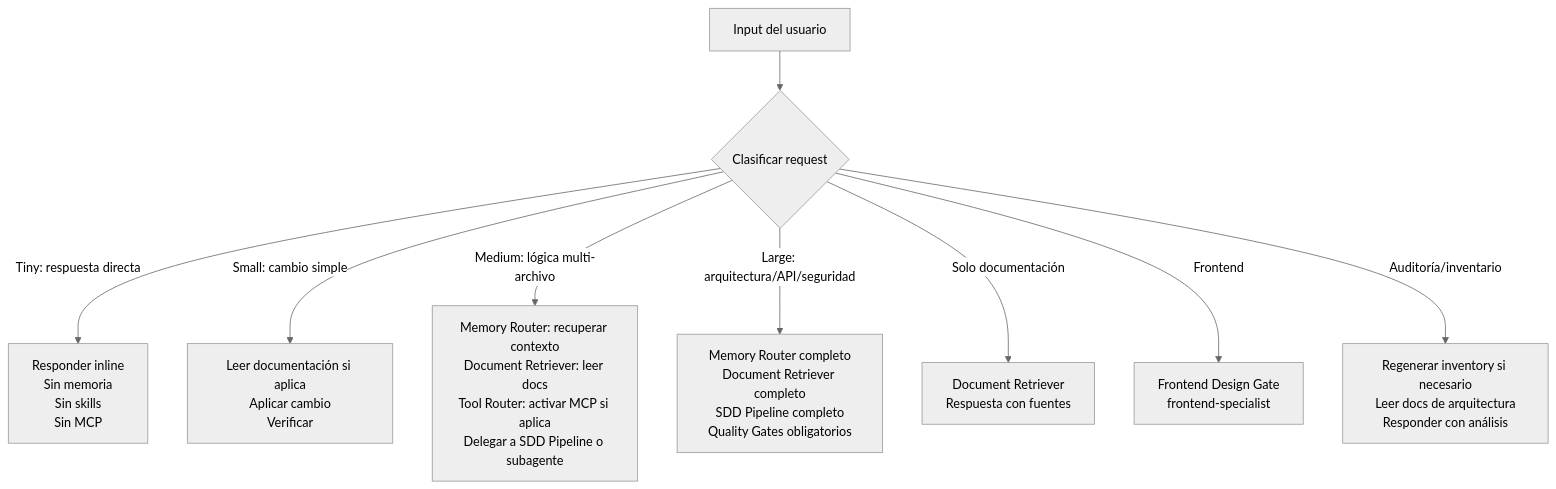
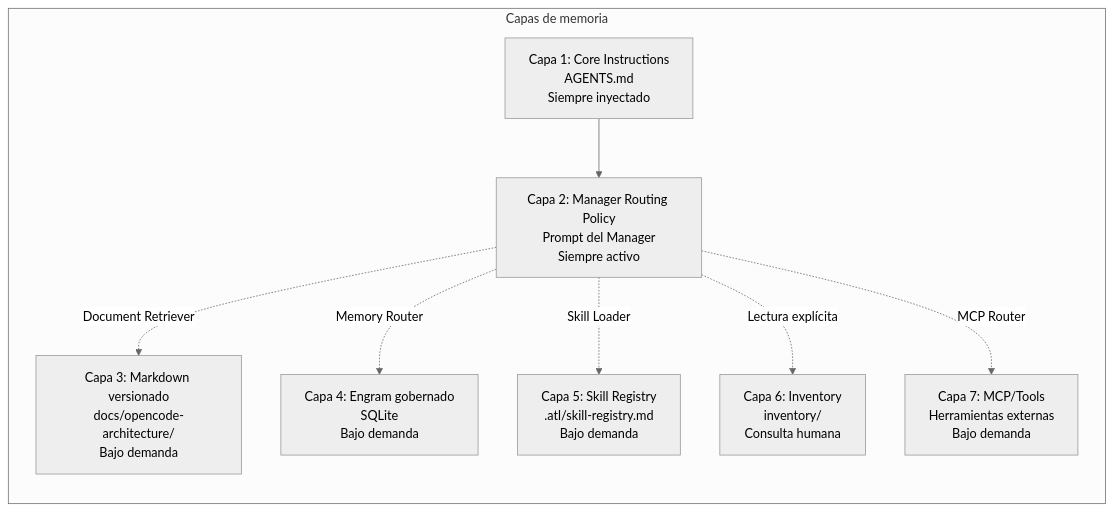
The second of 2 diagrams in docs/opencode-architecture/10-target-architecture.md (harrysxavio/opencode-architecture), drawn with Mermaid (neutral theme) before and after one commit. The commit also changed other lines of this file and 14 other files, not shown here.

````diff
--- a/docs/opencode-architecture/10-target-architecture.md
+++ b/docs/opencode-architecture/10-target-architecture.md
@@ -128,18 +84,19 @@
 ```mermaid
-flowchart TD
-    INPUT[Input del usuario] --> CLASS{"Clasificar request"}
+flowchart LR
+    subgraph "Capas de memoria"
+        L1["Capa 1: Core Instructions<br/>AGENTS.md<br/>Siempre inyectado"]
+        L2["Capa 2: Manager Routing Policy<br/>Prompt del Manager<br/>Siempre activo"]
+        L3["Capa 3: Markdown versionado<br/>docs/opencode-architecture/<br/>Bajo demanda"]
+        L4["Capa 4: Engram gobernado<br/>SQLite<br/>Bajo demanda"]
+        L5["Capa 5: Skill Registry<br/>.atl/skill-registry.md<br/>Bajo demanda"]
+        L6["Capa 6: Inventory<br/>inventory/<br/>Consulta humana"]
+        L7["Capa 7: MCP/Tools<br/>Herramientas externas<br/>Bajo demanda"]
+    end
     
-    CLASS -->|"Tiny: respuesta directa"| TINY[Responder inline<br/>Sin memoria<br/>Sin skills<br/>Sin MCP]
-    
-    CLASS -->|"Small: cambio simple"| SMALL[Leer documentación si aplica<br/>Aplicar cambio<br/>Verificar]
-    
-    CLASS -->|"Medium: lógica multi-archivo"| MED[Memory Router: recuperar contexto<br/>Document Retriever: leer docs<br/>Tool Router: activar MCP si aplica<br/>Delegar a SDD Pipeline o subagente]
-    
-    CLASS -->|"Large: arquitectura/API/seguridad"| LARGE[Memory Router completo<br/>Document Retriever completo<br/>SDD Pipeline completo<br/>Quality Gates obligatorios]
-    
-    CLASS -->|"Solo documentación"| DOC[Document Retriever<br/>Respuesta con fuentes]
-    
-    CLASS -->|"Frontend"| FE2[Frontend Design Gate<br/>frontend-specialist]
-    
-    CLASS -->|"Auditoría/inventario"| INV[Regenerar inventory si necesario<br/>Leer docs de arquitectura<br/>Responder con análisis]
+    L1 --> L2
+    L2 -.->|Document Retriever| L3
+    L2 -.->|Memory Router| L4
+    L2 -.->|Skill Loader| L5
+    L2 -.->|Lectura explícita| L6
+    L2 -.->|MCP Router| L7
 ```
````
